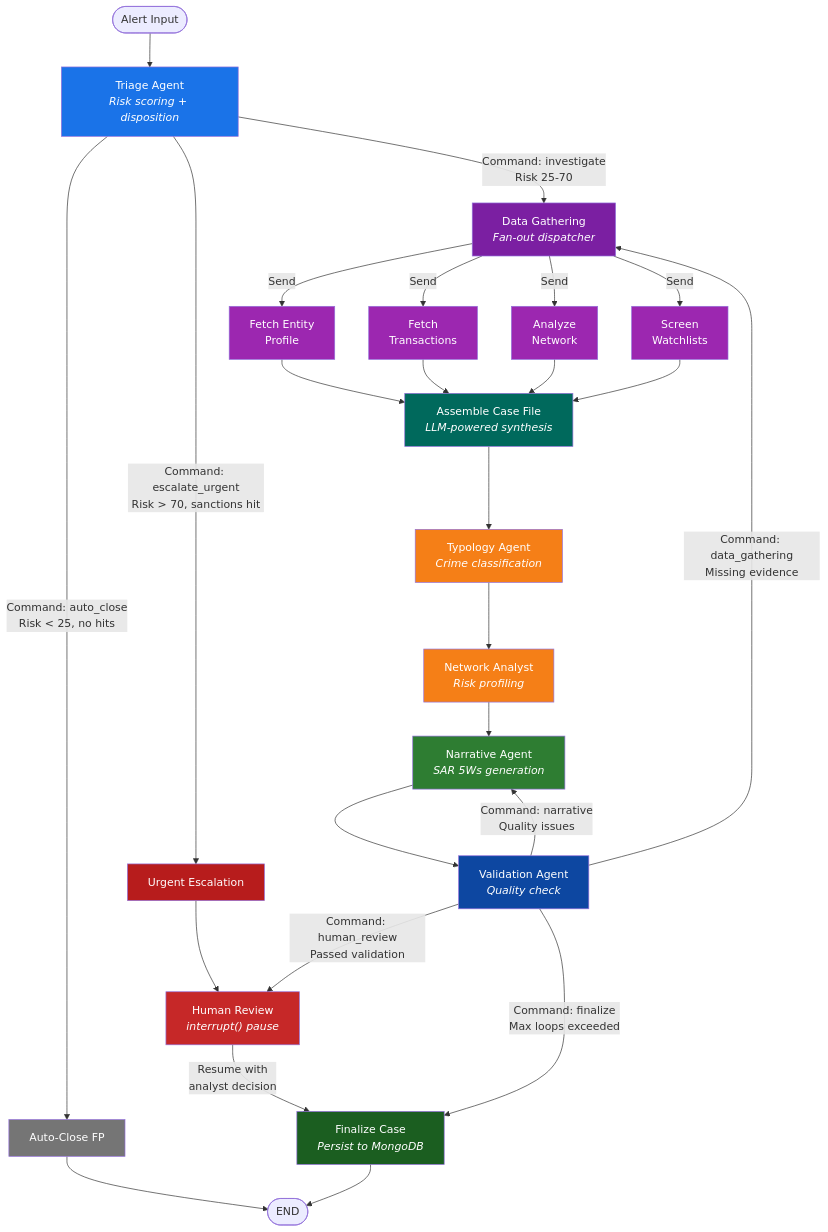
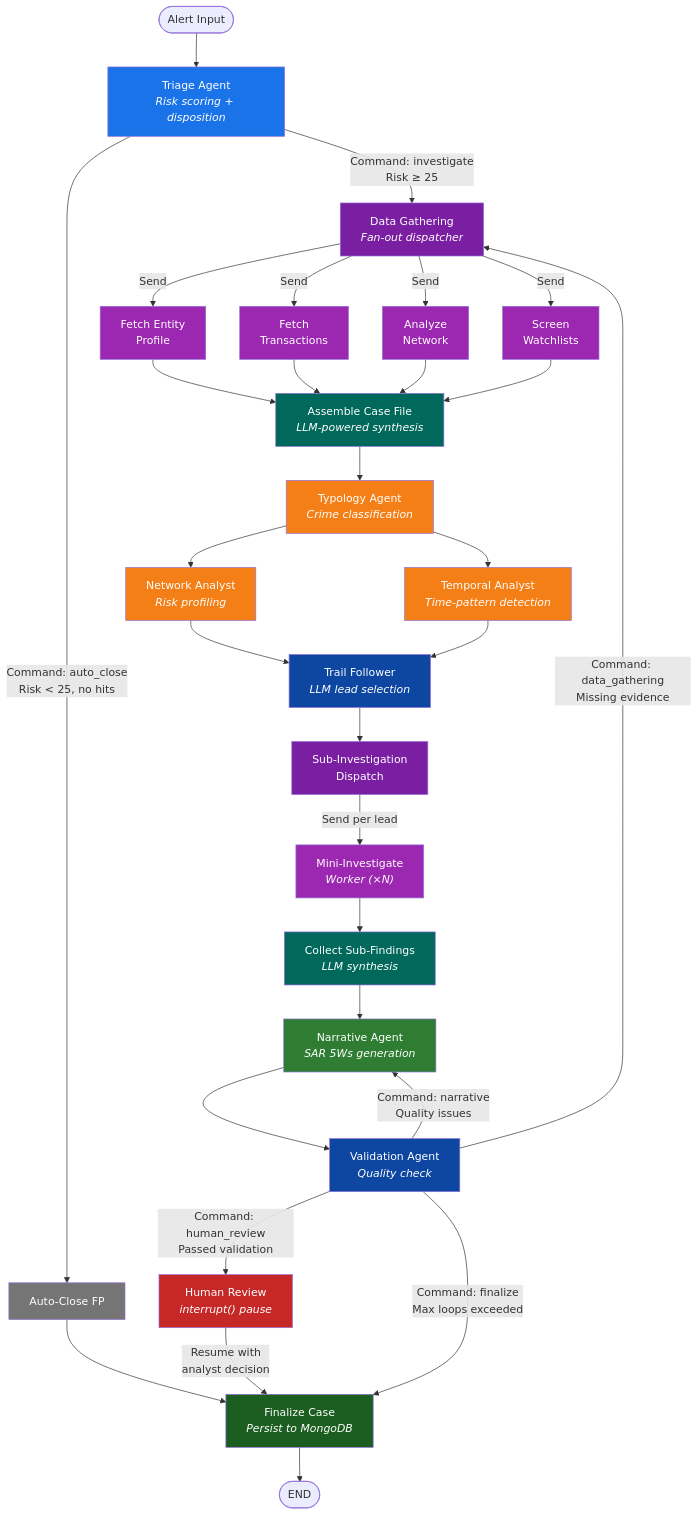
One commit to mongodb-industry-solutions/fsi-aml-fraud-detection changed the third of 19 diagrams in docs/AGENTIC_INVESTIGATION_PIPELINE.md. Above: the diagram before and after it, drawn with Mermaid. The commit also changed other lines of this file, not shown here.

````diff
--- a/docs/AGENTIC_INVESTIGATION_PIPELINE.md
+++ b/docs/AGENTIC_INVESTIGATION_PIPELINE.md
@@ -164,50 +173,64 @@
 ```mermaid
 flowchart TD
     Start(["Alert Input"]) --> Triage["Triage Agent<br/><i>Risk scoring + disposition</i>"]
 
     Triage -->|"Command: auto_close<br/>Risk < 25, no hits"| AutoClose["Auto-Close FP"]
-    Triage -->|"Command: escalate_urgent<br/>Risk > 70, sanctions hit"| Urgent["Urgent Escalation"]
-    Triage -->|"Command: investigate<br/>Risk 25-70"| FanOut["Data Gathering<br/><i>Fan-out dispatcher</i>"]
+    Triage -->|"Command: investigate<br/>Risk ≥ 25"| FanOut["Data Gathering<br/><i>Fan-out dispatcher</i>"]
 
-    AutoClose --> EndNode(["END"])
-    Urgent --> HumanReview
+    AutoClose --> Finalize
 
     FanOut -->|"Send"| FetchEntity["Fetch Entity<br/>Profile"]
     FanOut -->|"Send"| FetchTxn["Fetch<br/>Transactions"]
     FanOut -->|"Send"| FetchNet["Analyze<br/>Network"]
     FanOut -->|"Send"| FetchWL["Screen<br/>Watchlists"]
 
     FetchEntity --> Assemble["Assemble Case File<br/><i>LLM-powered synthesis</i>"]
     FetchTxn --> Assemble
     FetchNet --> Assemble
     FetchWL --> Assemble
 
     Assemble --> Typology["Typology Agent<br/><i>Crime classification</i>"]
+
     Typology --> NetAnalyst["Network Analyst<br/><i>Risk profiling</i>"]
-    NetAnalyst --> Narrative["Narrative Agent<br/><i>SAR 5Ws generation</i>"]
+    Typology --> TempAnalyst["Temporal Analyst<br/><i>Time-pattern detection</i>"]
+
+    NetAnalyst --> TrailFollower["Trail Follower<br/><i>LLM lead selection</i>"]
+    TempAnalyst --> TrailFollower
+
+    TrailFollower --> SubDispatch["Sub-Investigation<br/>Dispatch"]
+
+    SubDispatch -->|"Send per lead"| MiniInvest["Mini-Investigate<br/><i>Worker (×N)</i>"]
+
+    MiniInvest --> CollectSub["Collect Sub-Findings<br/><i>LLM synthesis</i>"]
+
+    CollectSub --> Narrative["Narrative Agent<br/><i>SAR 5Ws generation</i>"]
     Narrative --> Validation["Validation Agent<br/><i>Quality check</i>"]
 
     Validation -->|"Command: data_gathering<br/>Missing evidence"| FanOut
     Validation -->|"Command: narrative<br/>Quality issues"| Narrative
     Validation -->|"Command: human_review<br/>Passed validation"| HumanReview["Human Review<br/><i>interrupt() pause</i>"]
     Validation -->|"Command: finalize<br/>Max loops exceeded"| Finalize
 
     HumanReview -->|"Resume with<br/>analyst decision"| Finalize["Finalize Case<br/><i>Persist to MongoDB</i>"]
-    Finalize --> EndNode
+    Finalize --> EndNode(["END"])
 
     style Triage fill:#1a73e8,color:#fff
     style FanOut fill:#7b1fa2,color:#fff
     style FetchEntity fill:#9c27b0,color:#fff
     style FetchTxn fill:#9c27b0,color:#fff
     style FetchNet fill:#9c27b0,color:#fff
     style FetchWL fill:#9c27b0,color:#fff
     style Assemble fill:#00695c,color:#fff
     style Typology fill:#f57f17,color:#fff
     style NetAnalyst fill:#f57f17,color:#fff
+    style TempAnalyst fill:#f57f17,color:#fff
+    style TrailFollower fill:#0d47a1,color:#fff
+    style SubDispatch fill:#7b1fa2,color:#fff
+    style MiniInvest fill:#9c27b0,color:#fff
+    style CollectSub fill:#00695c,color:#fff
     style Narrative fill:#2e7d32,color:#fff
     style Validation fill:#0d47a1,color:#fff
     style HumanReview fill:#c62828,color:#fff
     style Finalize fill:#1b5e20,color:#fff
     style AutoClose fill:#757575,color:#fff
-    style Urgent fill:#b71c1c,color:#fff
 ```
````
